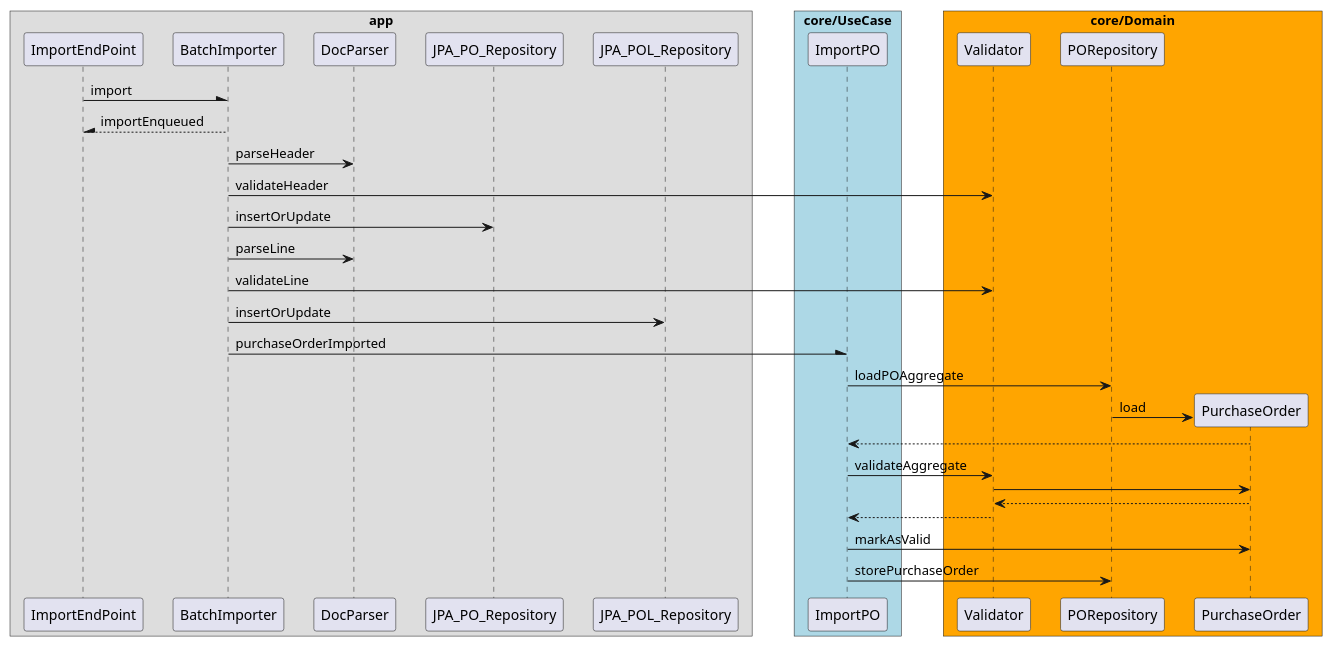
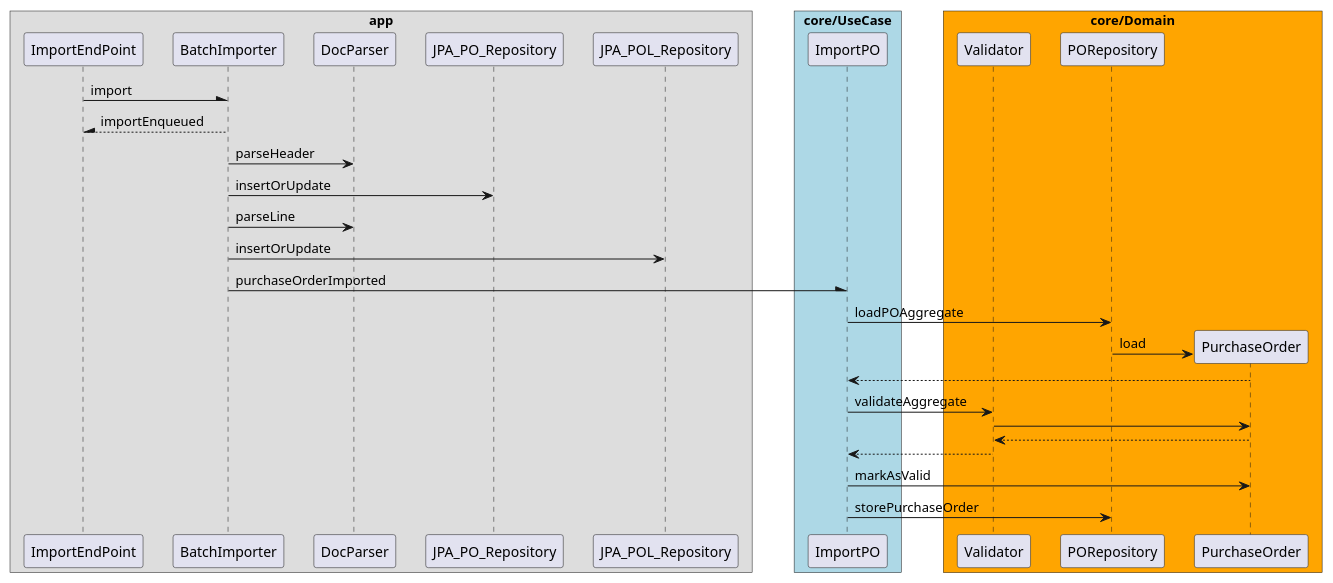
Before and after one commit to karbonfw/purchaseorderdoc: the diagram in diagrams/import_po/import_po_local_parser.puml, drawn with PlantUML.

Commit message:
update on import local parser

```diff
--- a/diagrams/import_po/import_po_local_parser.puml
+++ b/diagrams/import_po/import_po_local_parser.puml
@@ -1,38 +1,36 @@
 @startuml
 skinparam ParticipantPadding 10
 skinparam BoxPadding 20
 box "app"
   participant ImportEndPoint
   participant BatchImporter
   participant DocParser
   participant JPA_PO_Repository
   participant JPA_POL_Repository
 end box
 box "core/UseCase" #LightBlue
   participant ImportPO
 end box
 box "core/Domain" #Orange
   participant Validator
   participant PORepository
   participant PurchaseOrder
 end box
 
 ImportEndPoint -\ BatchImporter: import
 BatchImporter --\ ImportEndPoint: importEnqueued
 BatchImporter -> DocParser: parseHeader
-BatchImporter -> Validator: validateHeader
 BatchImporter -> JPA_PO_Repository: insertOrUpdate
 BatchImporter -> DocParser: parseLine
-BatchImporter -> Validator: validateLine
 BatchImporter -> JPA_POL_Repository: insertOrUpdate
 BatchImporter -\ ImportPO: purchaseOrderImported
 ImportPO -> PORepository: loadPOAggregate
 PORepository -> PurchaseOrder ** : load
 PurchaseOrder --> ImportPO
 ImportPO -> Validator: validateAggregate
 Validator -> PurchaseOrder
 PurchaseOrder --> Validator
 Validator --> ImportPO
 ImportPO -> PurchaseOrder: markAsValid
 ImportPO -> PORepository: storePurchaseOrder
 @enduml
```
